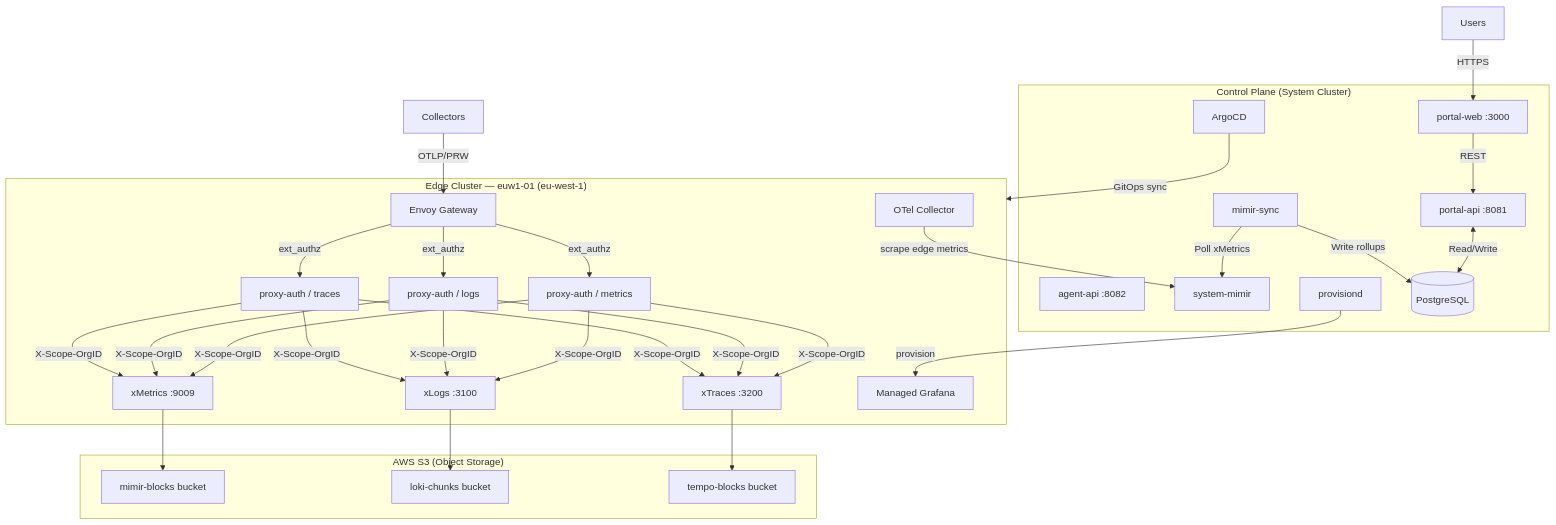
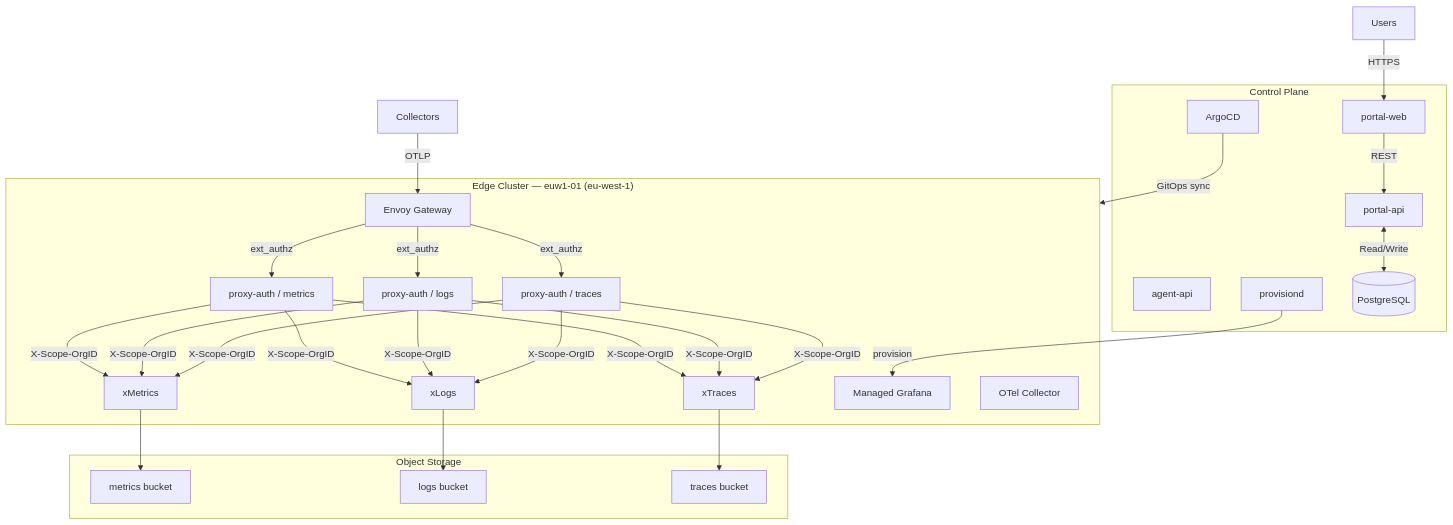
One commit to xscaler/training changed the diagram in docs/session-1/platform-introduction.md. Above: the diagram before and after it, drawn with Mermaid. The commit also changed other lines of this file and 23 other files, not shown here.

````diff
--- a/docs/session-1/platform-introduction.md
+++ b/docs/session-1/platform-introduction.md
@@ -26,47 +30,42 @@
-```mermaid
-graph TB
-    subgraph CP["Control Plane (System Cluster)"]
-        PA[portal-api :8081]
-        PW[portal-web :3000]
-        AA[agent-api :8082]
-        MS[mimir-sync]
-        SM[system-mimir]
-        PR[provisiond]
-        PG[(PostgreSQL)]
-        AC[ArgoCD]
-    end
+    ```mermaid
+    graph TB
+        subgraph CP["Control Plane"]
+            PA[portal-api]
+            PW[portal-web]
+            AA[agent-api]
+            PR[provisiond]
+            PG[(PostgreSQL)]
+            AC[ArgoCD]
+        end
 
-    subgraph EDGE["Edge Cluster — euw1-01 (eu-west-1)"]
-        EN[Envoy Gateway]
-        PXM[proxy-auth / metrics]
-        PXL[proxy-auth / logs]
-        PXT[proxy-auth / traces]
-        MI[xMetrics :9009]
-        LO[xLogs :3100]
-        TE[xTraces :3200]
-        GR[Managed Grafana]
-        OC[OTel Collector]
-    end
+        subgraph EDGE["Edge Cluster — euw1-01 (eu-west-1)"]
+            EN[Envoy Gateway]
+            PXM[proxy-auth / metrics]
+            PXL[proxy-auth / logs]
+            PXT[proxy-auth / traces]
+            MI[xMetrics]
+            LO[xLogs]
+            TE[xTraces]
+            GR[Managed Grafana]
+            OC[OTel Collector]
+        end
 
-    subgraph S3["AWS S3 (Object Storage)"]
-        S3M[mimir-blocks bucket]
-        S3L[loki-chunks bucket]
-        S3T[tempo-blocks bucket]
-    end
+        subgraph S3["Object Storage"]
+            S3M[metrics bucket]
+            S3L[logs bucket]
+            S3T[traces bucket]
+        end
 
-    Users -->|HTTPS| PW
-    PW -->|REST| PA
-    PA <-->|Read/Write| PG
-    MS -->|Poll xMetrics| SM
-    MS -->|Write rollups| PG
-    AC -->|GitOps sync| EDGE
+        Users -->|HTTPS| PW
+        PW -->|REST| PA
+        PA <-->|Read/Write| PG
+        AC -->|GitOps sync| EDGE
 
-    Collectors -->|OTLP/PRW| EN
-    EN -->|ext_authz| PXM & PXL & PXT
-    PXM & PXL & PXT -->|X-Scope-OrgID| MI & LO & TE
-    MI --> S3M
-    LO --> S3L
-    TE --> S3T
-    OC -->|scrape edge metrics| SM
-    PR -->|provision| GR
-```
+        Collectors -->|OTLP| EN
+        EN -->|ext_authz| PXM & PXL & PXT
+        PXM & PXL & PXT -->|X-Scope-OrgID| MI & LO & TE
+        MI --> S3M
+        LO --> S3L
+        TE --> S3T
+        PR -->|provision| GR
+    ```
````
